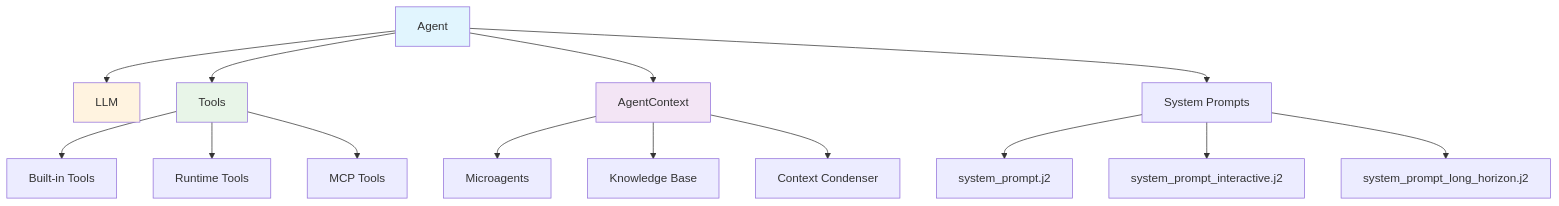
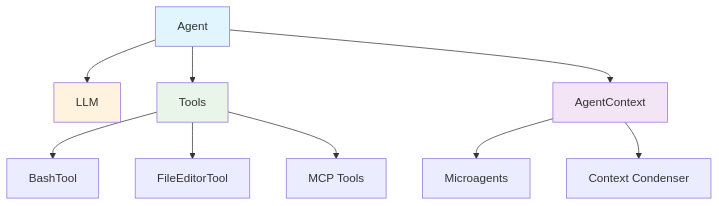
Before and after one commit to OpenHands/docs: the first of 2 diagrams in agent-sdk/architecture/agent.mdx, drawn with Mermaid. The commit also changed 5 other files, not shown here.

````diff
--- a/agent-sdk/architecture/agent.mdx
+++ b/agent-sdk/architecture/agent.mdx
@@ -10,24 +10,18 @@
 ```mermaid
-graph TB
+graph TD
     Agent[Agent] --> LLM[LLM]
     Agent --> Tools[Tools]
     Agent --> Context[AgentContext]
-    Agent --> Prompts[System Prompts]
+    
+    Tools --> BashTool[BashTool]
+    Tools --> FileEditor[FileEditorTool]
+    Tools --> MCPTools[MCP Tools]
     
     Context --> Microagents[Microagents]
-    Context --> Knowledge[Knowledge Base]
     Context --> Condenser[Context Condenser]
-    
-    Tools --> BuiltIn[Built-in Tools]
-    Tools --> Runtime[Runtime Tools]
-    Tools --> MCP[MCP Tools]
-    
-    Prompts --> SystemPrompt[system_prompt.j2]
-    Prompts --> Interactive[system_prompt_interactive.j2]
-    Prompts --> LongHorizon[system_prompt_long_horizon.j2]
     
     style Agent fill:#e1f5fe
     style LLM fill:#fff3e0
     style Tools fill:#e8f5e8
     style Context fill:#f3e5f5
 ```
````
